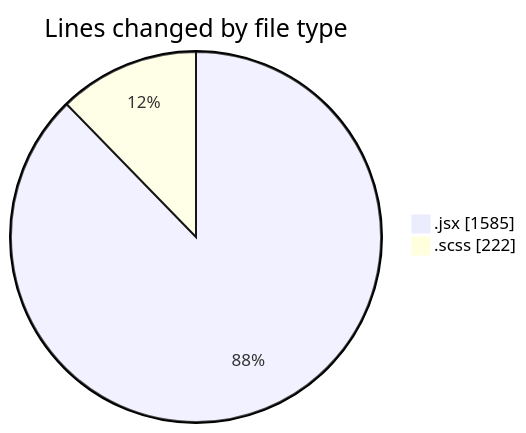
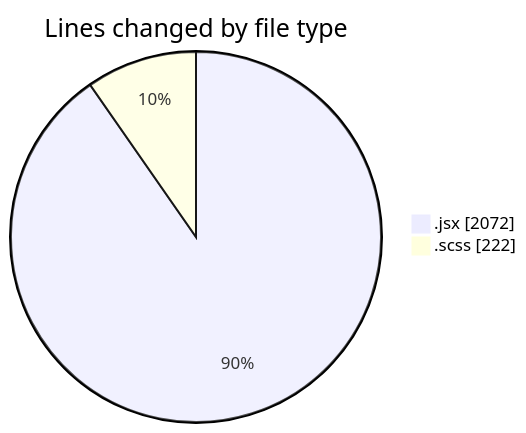
One commit to momahboobian/code-tracking changed the first of 2 diagrams in 2026-09-02/cda/README.md. Above: the diagram before and after it, drawn with Mermaid. The commit also changed other lines of this file and 1 other file, not shown here.

````diff
--- a/2026-09-02/cda/README.md
+++ b/2026-09-02/cda/README.md
@@ -27,6 +27,6 @@
 ```mermaid
 pie showData
 title Lines changed by file type
-".jsx" : 1585
+".jsx" : 2072
 ".scss" : 222
 ```
````
